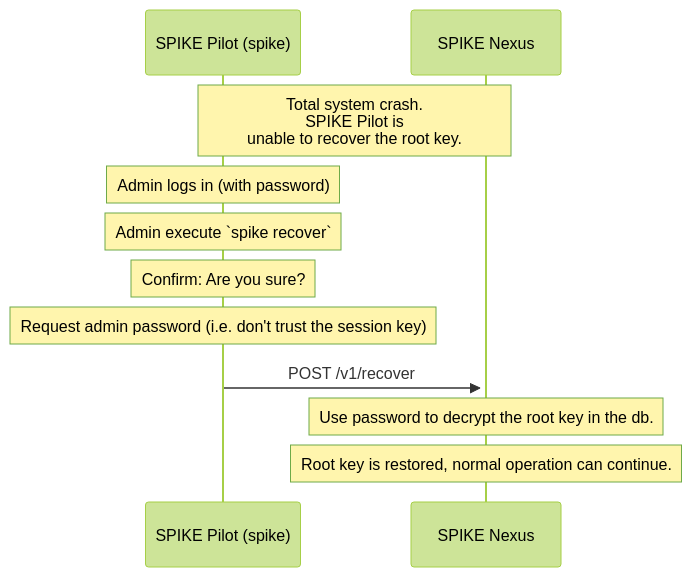
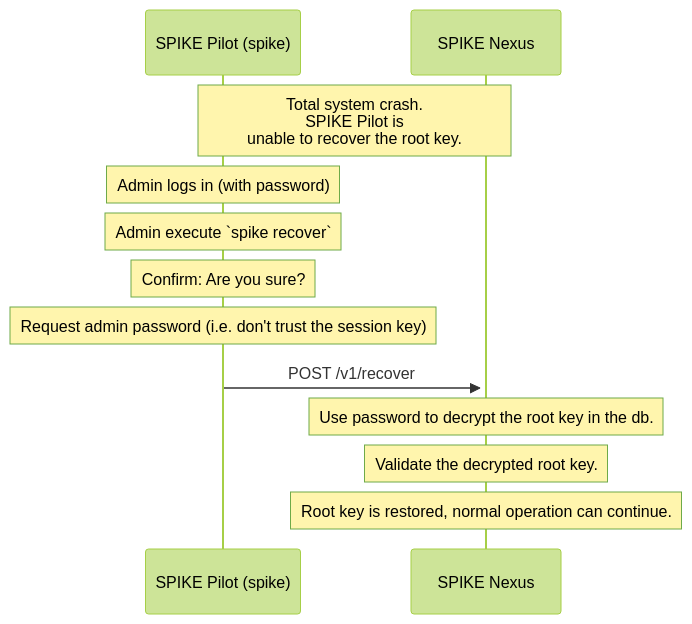
Before and after one commit to zerotohero-dev/spike: the fifth of 6 diagrams in ARCHITECTURE.md, drawn with Mermaid (forest theme). The commit also changed other lines of this file and 1 other file, not shown here.

Commit message:
Update sequence diagrams Signed-off-by: Volkan Özçelik <me@volkan.io>

````diff
--- a/ARCHITECTURE.md
+++ b/ARCHITECTURE.md
@@ -316,18 +348,20 @@
 ```mermaid 
 sequenceDiagram
     participant P as SPIKE Pilot (spike)
     participant N as SPIKE Nexus
 
     Note over P,N: Total system crash.<br>SPIKE Pilot is<br>unable to recover the root key.
 
     Note over P: Admin logs in (with password)
     Note over P: Admin execute `spike recover`
     Note over P: Confirm: Are you sure?
     Note over P: Request admin password (i.e. don't trust the session key)
 
     P->>+N: POST /v1/recover
 
     Note over N: Use password to decrypt the root key in the db.
+    
+    Note over N: Validate the decrypted root key.
 
     Note over N: Root key is restored, normal operation can continue.
 ```
````
